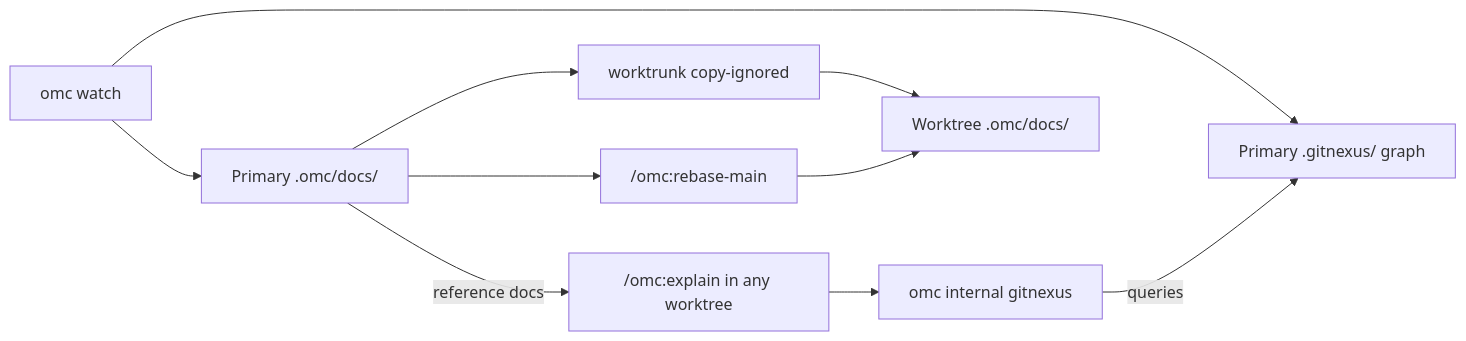
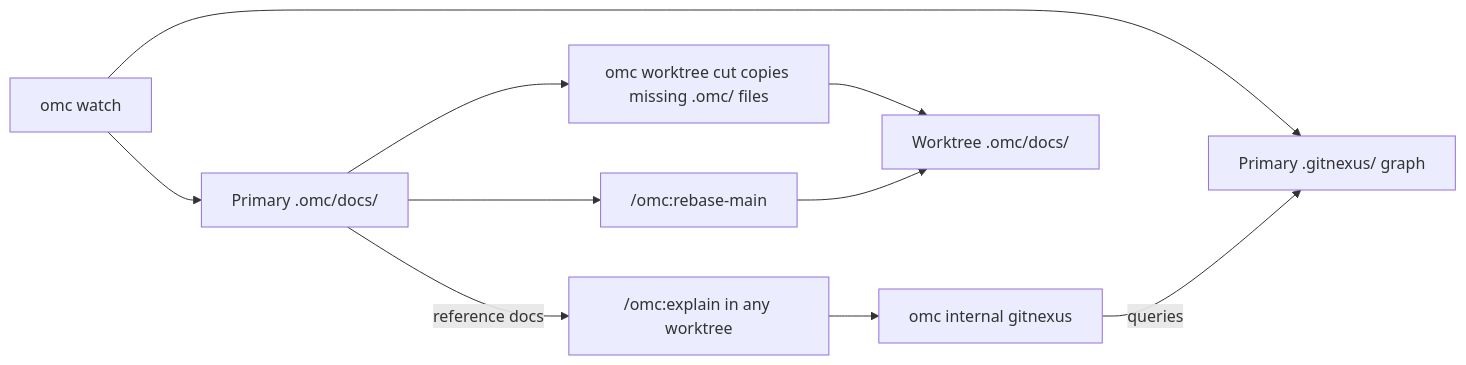
The third of 4 diagrams in README.md (chris-husse/oh-my-clanker), drawn with Mermaid before and after one commit. The commit also changed other lines of this file and 29 other files, not shown here.

First line of the commit message:
Reconcile stale configured models at launch; copy .omc into worktrees

````diff
--- a/README.md
+++ b/README.md
@@ -247,12 +251,12 @@
 ```mermaid
 flowchart LR
     Watch["omc watch"] --> Graph["Primary .gitnexus/ graph"]
     Watch --> Docs["Primary .omc/docs/"]
-    Docs --> Copy["worktrunk copy-ignored"]
+    Docs --> Copy["omc worktree cut copies missing .omc/ files"]
     Copy --> WorktreeDocs["Worktree .omc/docs/"]
     Docs --> Rebase["/omc:rebase-main"]
     Rebase --> WorktreeDocs
     Explain["/omc:explain in any worktree"] --> Proxy["omc internal gitnexus"]
     Proxy -->|queries| Graph
     Docs -->|reference docs| Explain
 ```
````
